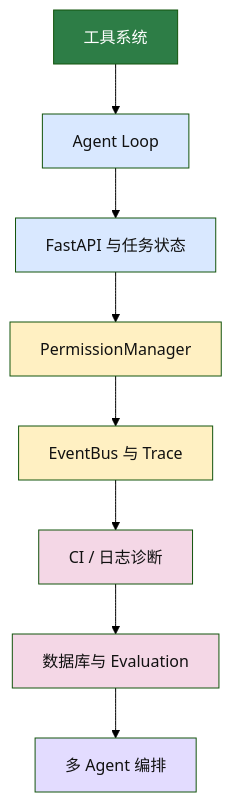
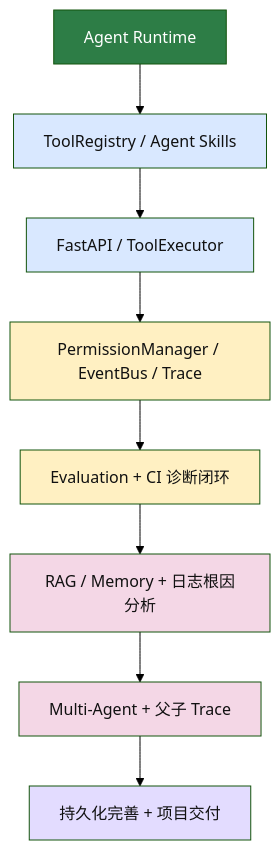
One commit to Dracarys6/DevAgent changed the third of 3 diagrams in README.md. Above: the diagram before and after it, drawn with Mermaid (forest theme). The commit also changed other lines of this file and 14 other files, not shown here.

````diff
--- a/README.md
+++ b/README.md
@@ -240,19 +243,20 @@
 ```mermaid
 flowchart TD
-    A[工具系统] --> B[Agent Loop]
-    B --> C[FastAPI 与任务状态]
-    C --> D[PermissionManager]
-    D --> E[EventBus 与 Trace]
-    E --> F[CI / 日志诊断]
-    F --> G[数据库与 Evaluation]
-    G --> H[多 Agent 编排]
+    A[Agent Runtime]
+    A --> B[ToolRegistry / Agent Skills]
+    B --> C[FastAPI / ToolExecutor]
+    C --> D[PermissionManager / EventBus / Trace]
+    D --> E[Evaluation + CI 诊断闭环]
+    E --> F[RAG / Memory + 日志根因分析]
+    F --> G[Multi-Agent + 父子 Trace]
+    G --> H[持久化完善 + 项目交付]
 
     style A fill:#2d7d46,color:#fff
     style B fill:#d9e8ff,color:#111
     style C fill:#d9e8ff,color:#111
     style D fill:#fff0c2,color:#111
     style E fill:#fff0c2,color:#111
     style F fill:#f4d7e6,color:#111
     style G fill:#f4d7e6,color:#111
     style H fill:#e3dcff,color:#111
 ```
````
